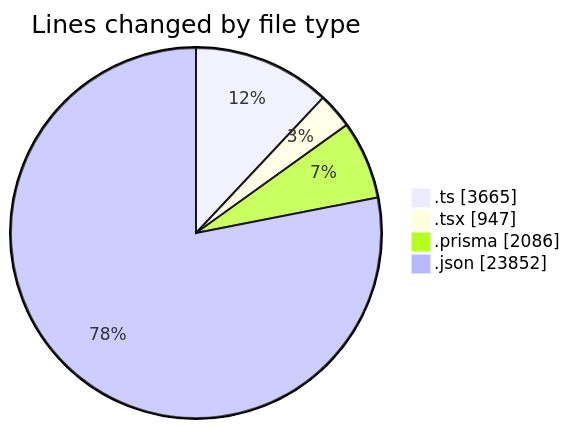
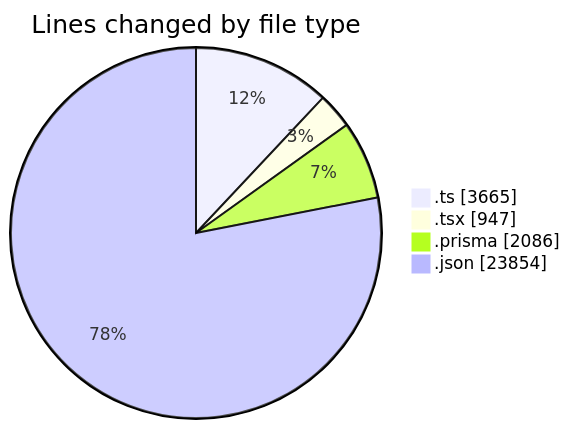
Before and after one commit to CELIANVF/code-tracking: the first of 2 diagrams in 2025-05-19/ecodeli-1/README.md, drawn with Mermaid. The commit also changed other lines of this file and 1 other file, not shown here.

````diff
--- a/2025-05-19/ecodeli-1/README.md
+++ b/2025-05-19/ecodeli-1/README.md
@@ -32,8 +32,8 @@
 ```mermaid
 pie showData
 title Lines changed by file type
 ".ts" : 3665
 ".tsx" : 947
 ".prisma" : 2086
-".json" : 23852
+".json" : 23854
 ```
````
